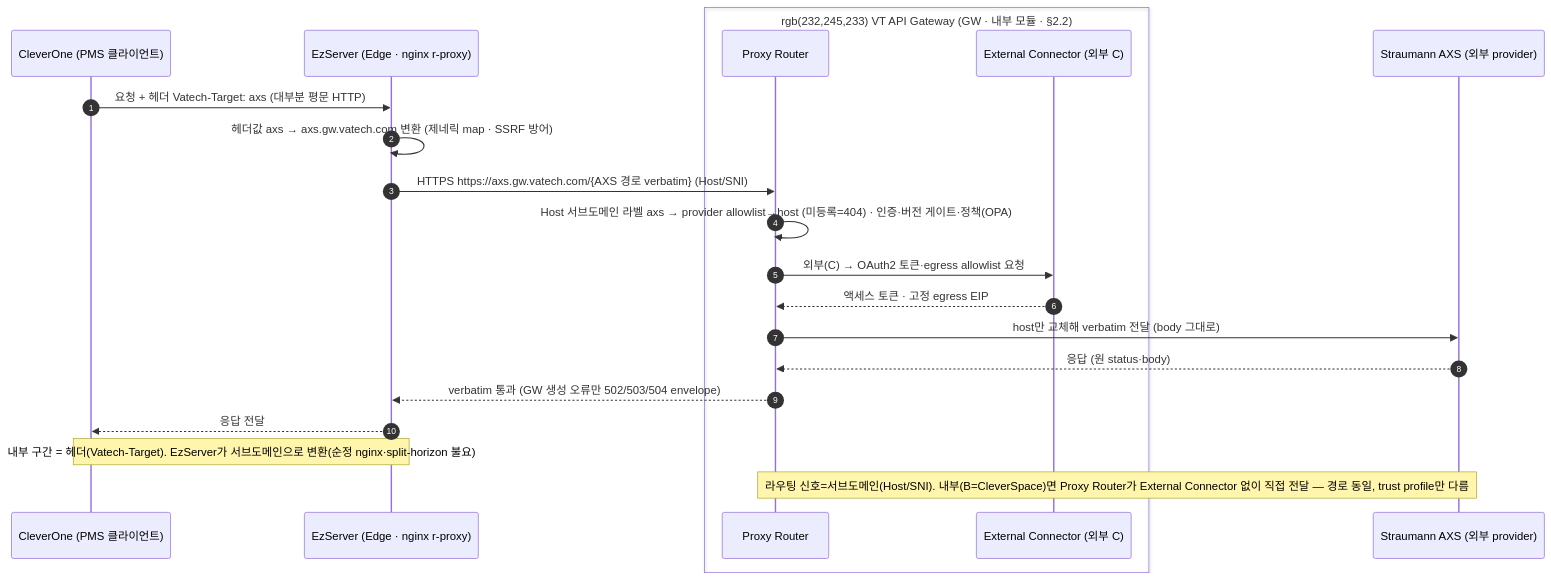
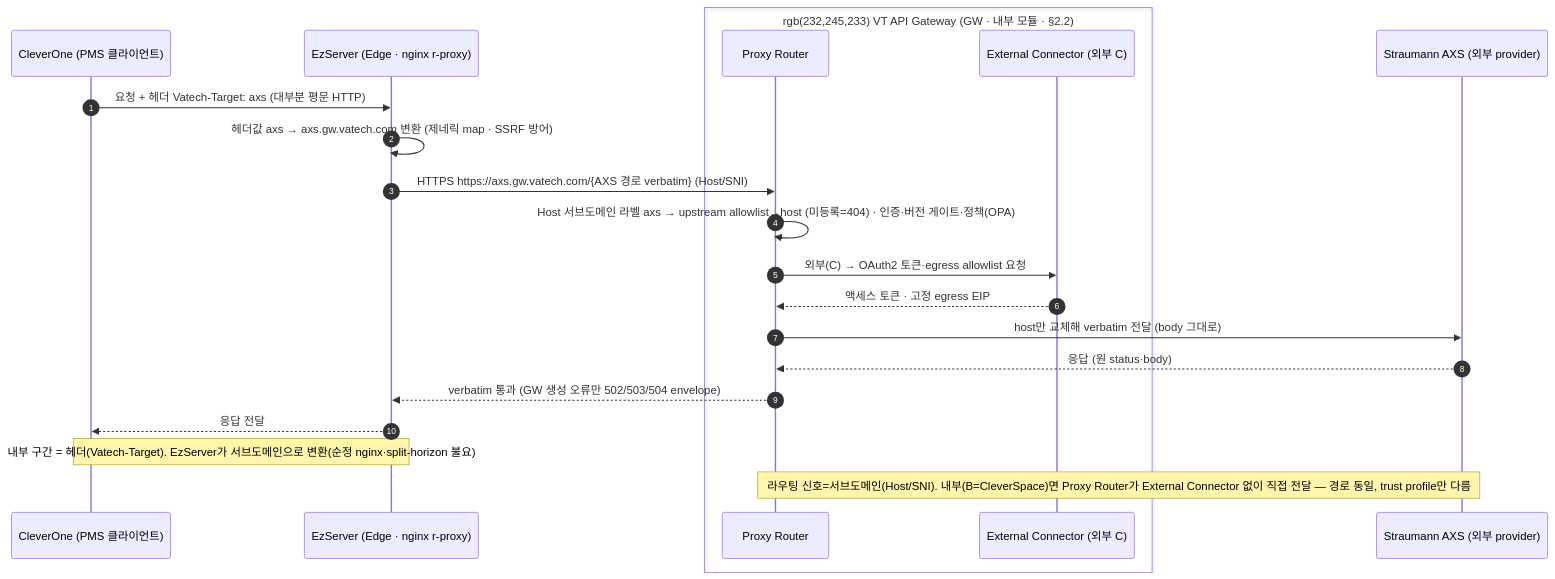
One commit to gracegyu/scp-architecture changed the seventh of 18 diagrams in docs/VT_API_Gateway/08.VT_API_Gateway/specs/03-srs-gateway/SRS.md. Above: the diagram before and after it, drawn with Mermaid. The commit also changed other lines of this file and 8 other files, not shown here.

Commit message:
문서 업데이트: VT API Gateway의 API 명세에서 문서 버전을 v0.7로 업데이트하고, 연동 대상 테이블명을 `Provider`에서 `Upstream`으로 변경하였습니다. 이 변경은 데이터 모델의 일관성을 강화하고, 관련 SRS 및 OpenAPI 문서에서의 참조를 업데이트하여 시스템 아키텍처의 명확성을 높였습니다. 또한, 정책 및 데이터 흐름에 대한 설명을 보강하여 이해도를 증진하였습니다.

````diff
--- a/docs/VT_API_Gateway/08.VT_API_Gateway/specs/03-srs-gateway/SRS.md
+++ b/docs/VT_API_Gateway/08.VT_API_Gateway/specs/03-srs-gateway/SRS.md
@@ -515,23 +515,23 @@
 ```mermaid
 sequenceDiagram
     autonumber
     participant CO as CleverOne (PMS 클라이언트)
     participant EZ as EzServer (Edge · nginx r-proxy)
     box rgb(232,245,233) VT API Gateway (GW · 내부 모듈 · §2.2)
     participant RT as Proxy Router
     participant CN as External Connector (외부 C)
     end
     participant AXS as Straumann AXS (외부 provider)
     CO->>EZ: 요청 + 헤더 Vatech-Target: axs (대부분 평문 HTTP)
     EZ->>EZ: 헤더값 axs → axs.gw.vatech.com 변환 (제네릭 map · SSRF 방어)
     EZ->>RT: HTTPS https://axs.gw.vatech.com/{AXS 경로 verbatim} (Host/SNI)
-    RT->>RT: Host 서브도메인 라벨 axs → provider allowlist→host (미등록=404) · 인증·버전 게이트·정책(OPA)
+    RT->>RT: Host 서브도메인 라벨 axs → upstream allowlist→host (미등록=404) · 인증·버전 게이트·정책(OPA)
     RT->>CN: 외부(C) → OAuth2 토큰·egress allowlist 요청
     CN-->>RT: 액세스 토큰 · 고정 egress EIP
     RT->>AXS: host만 교체해 verbatim 전달 (body 그대로)
     AXS-->>RT: 응답 (원 status·body)
     RT-->>EZ: verbatim 통과 (GW 생성 오류만 502/503/504 envelope)
     EZ-->>CO: 응답 전달
     Note over CO,EZ: 내부 구간 = 헤더(Vatech-Target). EzServer가 서브도메인으로 변환(순정 nginx·split-horizon 불요)
     Note over RT,AXS: 라우팅 신호=서브도메인(Host/SNI). 내부(B=CleverSpace)면 Proxy Router가 External Connector 없이 직접 전달 — 경로 동일, trust profile만 다름
 ```
````
